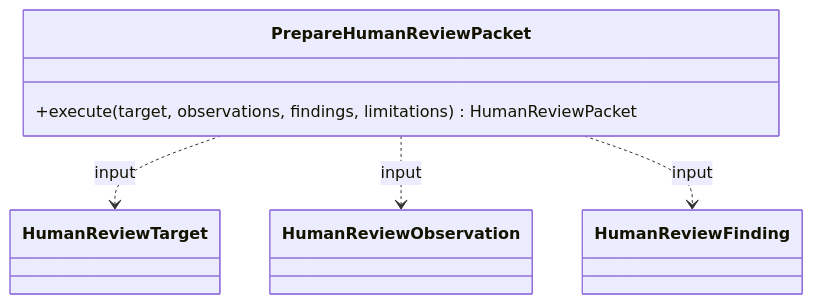
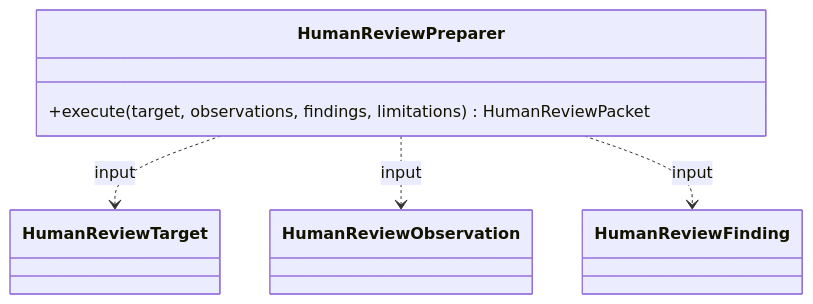
Before and after one commit to eragasa/ksdft2effmass: the sixth of 8 diagrams in docs/harness/ksdft2effmass.harness.003.001.002.md, drawn with Mermaid. The commit also changed other lines of this file and 14 other files, not shown here.

Commit message:
Rename human review packet preparer

````diff
--- a/docs/harness/ksdft2effmass.harness.003.001.002.md
+++ b/docs/harness/ksdft2effmass.harness.003.001.002.md
@@ -145,13 +145,13 @@
 ```mermaid
 classDiagram
-    class PrepareHumanReviewPacket {
+    class HumanReviewPreparer {
         +execute(target, observations, findings, limitations) HumanReviewPacket
     }
     class HumanReviewTarget
     class HumanReviewObservation
     class HumanReviewFinding
 
-    PrepareHumanReviewPacket ..> HumanReviewTarget : input
-    PrepareHumanReviewPacket ..> HumanReviewObservation : input
-    PrepareHumanReviewPacket ..> HumanReviewFinding : input
+    HumanReviewPreparer ..> HumanReviewTarget : input
+    HumanReviewPreparer ..> HumanReviewObservation : input
+    HumanReviewPreparer ..> HumanReviewFinding : input
 ```
````
